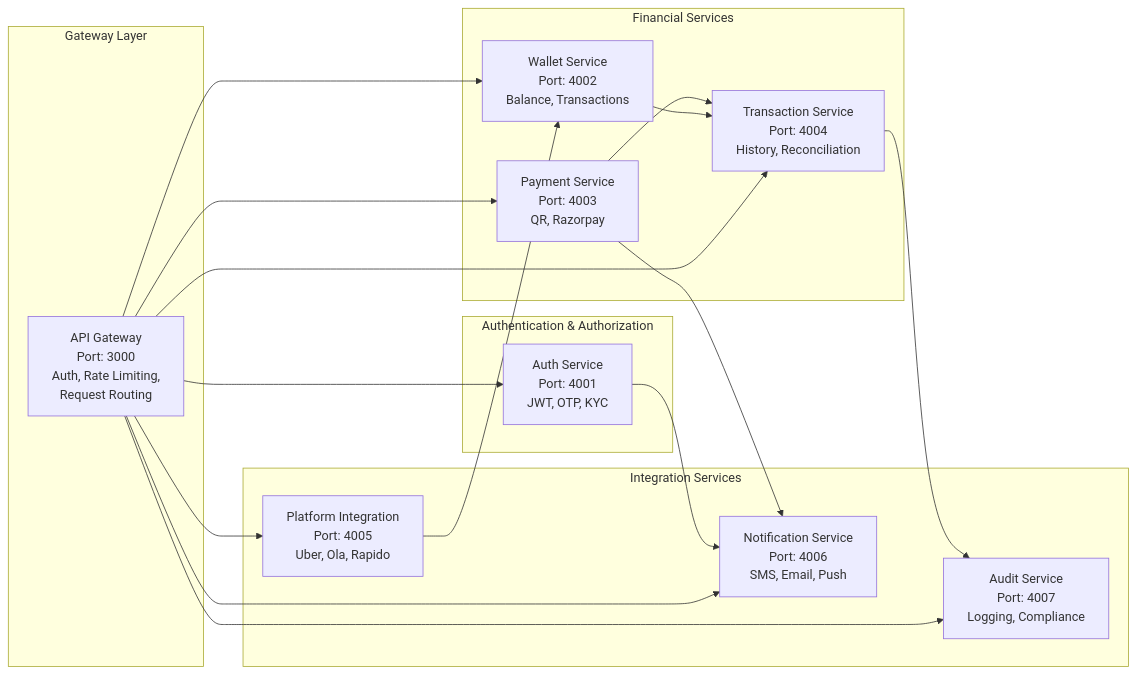
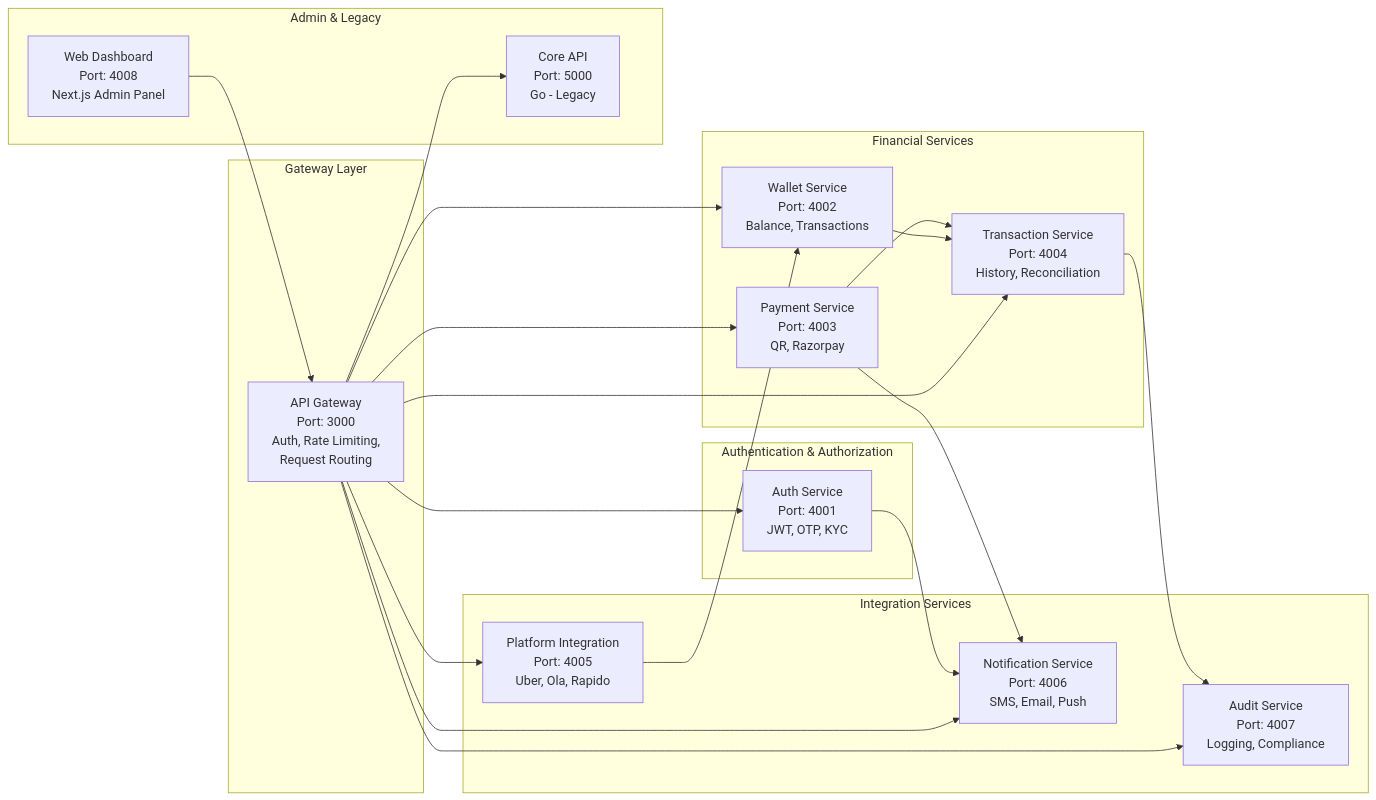
Before and after one commit to drivopay/drivopay.com: the second of 9 diagrams in GCP_DEPLOYMENT_ARCHITECTURE.md, drawn with Mermaid. The commit also changed other lines of this file, not shown here.

First line of the commit message:
docs: Update GCP architecture to align with actual repository structure

````diff
--- a/GCP_DEPLOYMENT_ARCHITECTURE.md
+++ b/GCP_DEPLOYMENT_ARCHITECTURE.md
@@ -159,37 +226,45 @@
 ```mermaid
 graph LR
     subgraph "Gateway Layer"
         APIGW[API Gateway<br/>Port: 3000<br/>Auth, Rate Limiting,<br/>Request Routing]
     end
 
     subgraph "Authentication & Authorization"
         AUTH[Auth Service<br/>Port: 4001<br/>JWT, OTP, KYC]
     end
 
     subgraph "Financial Services"
         WALLET[Wallet Service<br/>Port: 4002<br/>Balance, Transactions]
         PAYMENT[Payment Service<br/>Port: 4003<br/>QR, Razorpay]
         TRANS[Transaction Service<br/>Port: 4004<br/>History, Reconciliation]
     end
 
     subgraph "Integration Services"
         PLATFORM[Platform Integration<br/>Port: 4005<br/>Uber, Ola, Rapido]
         NOTIF[Notification Service<br/>Port: 4006<br/>SMS, Email, Push]
         AUDIT[Audit Service<br/>Port: 4007<br/>Logging, Compliance]
     end
 
+    subgraph "Admin & Legacy"
+        DASHBOARD[Web Dashboard<br/>Port: 4008<br/>Next.js Admin Panel]
+        COREAPI[Core API<br/>Port: 5000<br/>Go - Legacy]
+    end
+
     APIGW --> AUTH
     APIGW --> WALLET
     APIGW --> PAYMENT
     APIGW --> TRANS
     APIGW --> PLATFORM
     APIGW --> NOTIF
     APIGW --> AUDIT
+    APIGW --> COREAPI
+
+    DASHBOARD --> APIGW
 
     WALLET --> TRANS
     PAYMENT --> TRANS
     PAYMENT --> NOTIF
     TRANS --> AUDIT
     AUTH --> NOTIF
     PLATFORM --> WALLET
 ```
````
